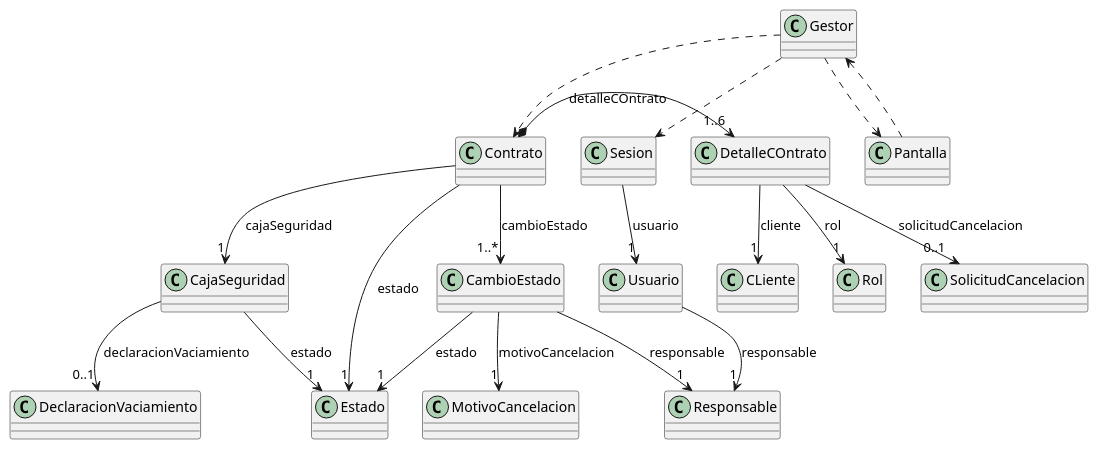
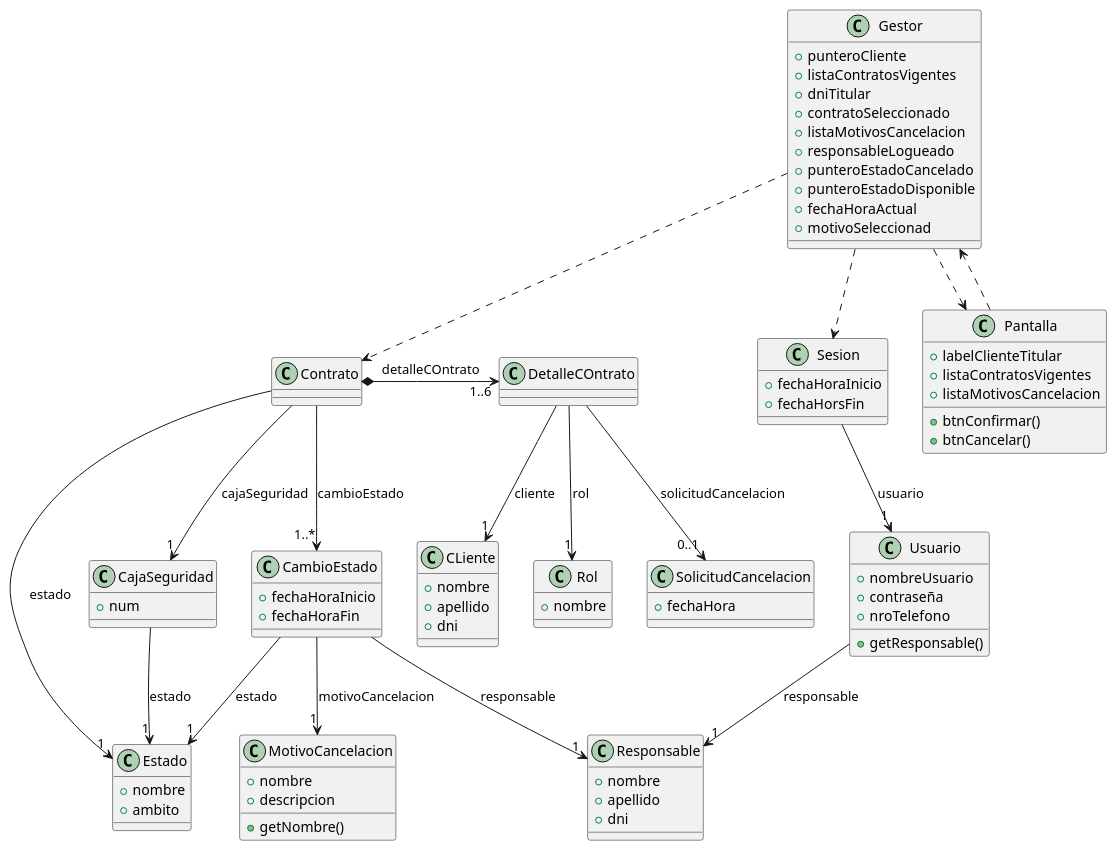
Before and after one commit to IgnacioSala20/Diagramas: the diagram in PreParciales/Parcial/Cancelar/detalleClase.puml, drawn with PlantUML. The commit also changed 5 other files, not shown here.

```diff
--- a/PreParciales/Parcial/Cancelar/detalleClase.puml
+++ b/PreParciales/Parcial/Cancelar/detalleClase.puml
@@ -1,49 +1,94 @@
 @startuml detalleClase
 
-class Pantalla{}
-class Gestor{}
-class Sesion{}
-class Usuario{}
-class Responsable{}
-class CLiente{}
-class MotivoCancelacion{}
-class CajaSeguridad{}
+class Pantalla{
+    +labelClienteTitular
+    +listaContratosVigentes
+    +listaMotivosCancelacion
+    +btnConfirmar()
+    +btnCancelar()
+}
+class Gestor{
+    +punteroCliente
+    +listaContratosVigentes
+    +dniTitular
+    +contratoSeleccionado
+    +listaMotivosCancelacion
+    +responsableLogueado
+    +punteroEstadoCancelado
+    +punteroEstadoDisponible
+    +fechaHoraActual
+    +motivoSeleccionad
+}
+class Sesion{
+    +fechaHoraInicio
+    +fechaHorsFin
+}
+class Usuario{
+    +nombreUsuario
+    +contraseña
+    +nroTelefono
+    +getResponsable()
+}
+class Responsable{
+    +nombre
+    +apellido
+    +dni
+}
+class CLiente{
+    +nombre
+    +apellido
+    +dni
+}
+class MotivoCancelacion{
+    +nombre
+    +descripcion
+    +getNombre()
+}
+class CajaSeguridad{
+    +num
+}
 class Contrato{}
 class DetalleCOntrato{}
-class Rol{}
-class CambioEstado{}
-class Estado{}
-class SolicitudCancelacion{}
-class DeclaracionVaciamiento{}
-
-CajaSeguridad --> "0..1" DeclaracionVaciamiento : declaracionVaciamiento
+class Rol{
+    +nombre
+}
+class CambioEstado{
+    +fechaHoraInicio
+    +fechaHoraFin
+}
+class Estado{
+    +nombre
+    +ambito
+}
+class SolicitudCancelacion{
+    +fechaHora
+}
 
 Gestor ..> Pantalla 
 Pantalla ..> Gestor
 Gestor ..> Sesion
 Sesion--> "1" Usuario : usuario
 Usuario --> "1" Responsable : responsable
 
 Gestor ..> Contrato
 Contrato *-> "1..6" DetalleCOntrato: detalleCOntrato
 
 DetalleCOntrato --> "1" Rol : rol
 DetalleCOntrato --> "0..1" SolicitudCancelacion : solicitudCancelacion
 
 Contrato --> "1" CajaSeguridad : cajaSeguridad
 
 CambioEstado --> "1" Estado: estado
 
 DetalleCOntrato --> "1" CLiente : cliente
 
 CambioEstado --> "1" MotivoCancelacion : motivoCancelacion
 
 
 Contrato --> "1..*" CambioEstado: cambioEstado
 
 CajaSeguridad --> "1" Estado : estado
 Contrato --> "1" Estado : estado
 
 CambioEstado --> "1" Responsable : responsable
-
 @enduml
```
